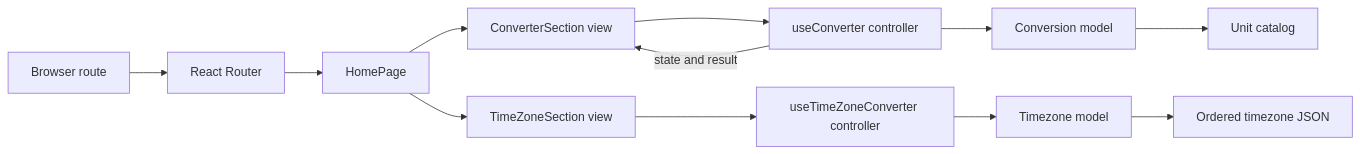
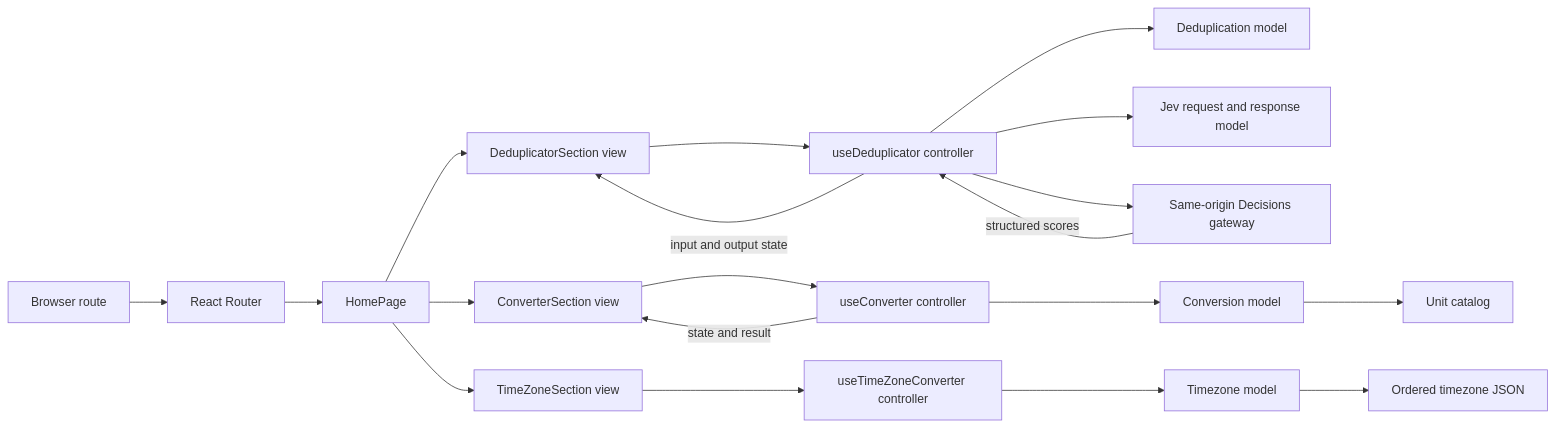
The first of 6 diagrams in architecture.md (johnpfeiffer/converter), drawn with Mermaid before and after one commit. The commit also changed other lines of this file and 18 other files, not shown here.

````diff
--- a/architecture.md
+++ b/architecture.md
@@ -9,14 +9,21 @@
 ```mermaid
 flowchart LR
     Browser[Browser route] --> Router[React Router]
     Router --> Page[HomePage]
+    Page --> DedupView[DeduplicatorSection view]
+    DedupView --> DedupController[useDeduplicator controller]
+    DedupController --> DedupModel[Deduplication model]
+    DedupController --> JevModel[Jev request and response model]
+    DedupController --> Gateway[Same-origin Decisions gateway]
+    Gateway -->|structured scores| DedupController
+    DedupController -->|input and output state| DedupView
     Page --> View[ConverterSection view]
     View --> Controller[useConverter controller]
     Controller --> Model[Conversion model]
     Model --> Catalog[Unit catalog]
     Controller -->|state and result| View
     Page --> TimeView[TimeZoneSection view]
     TimeView --> TimeController[useTimeZoneConverter controller]
     TimeController --> TimeModel[Timezone model]
     TimeModel --> TimeCatalog[Ordered timezone JSON]
 ```
````
